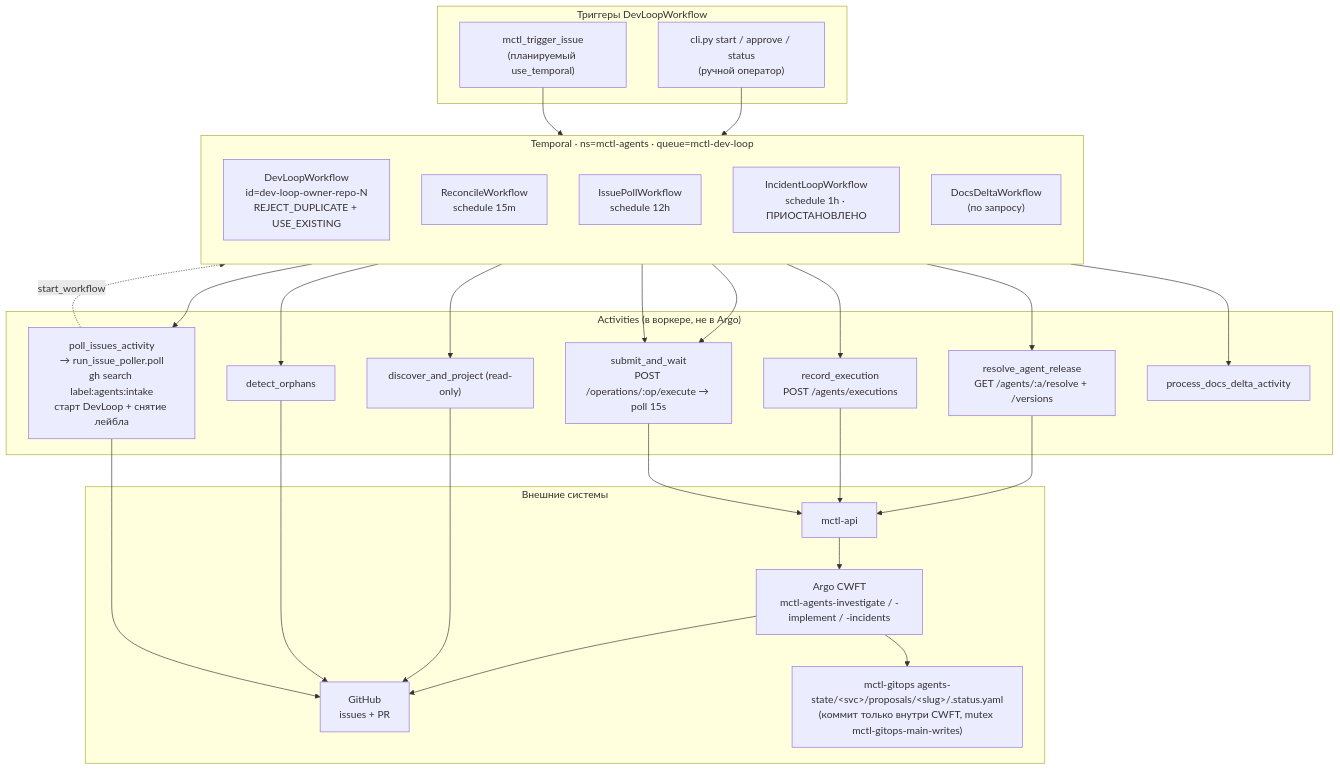
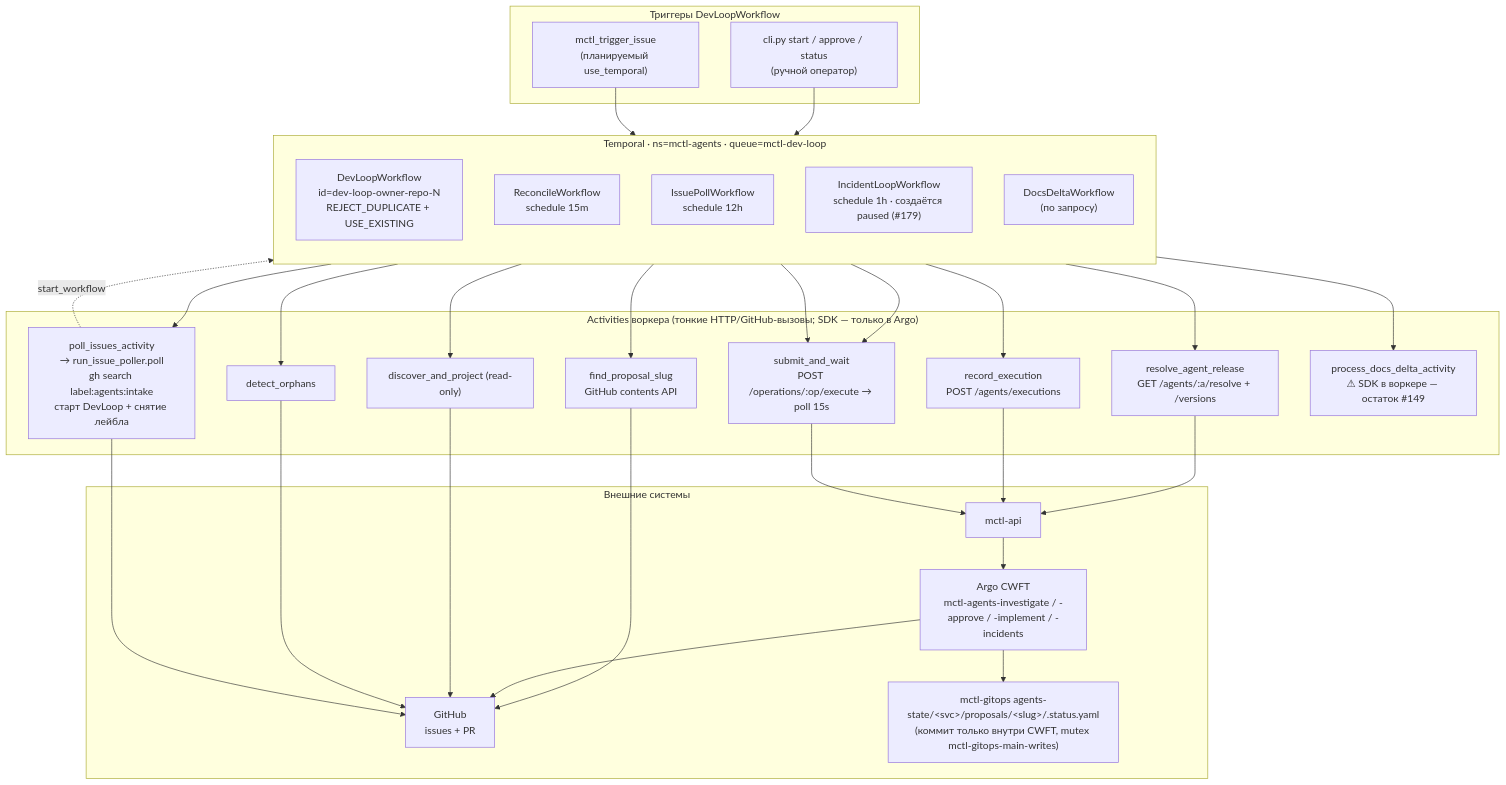
The first of 4 diagrams in docs/temporal-flow.md (mctlhq/mctl-agents), drawn with Mermaid before and after one commit. The commit also changed other lines of this file and 6 other files, not shown here.

First line of the commit message:
docs: sync temporal-flow, README, inventory with atomic approve and phase 6

````diff
--- a/docs/temporal-flow.md
+++ b/docs/temporal-flow.md
@@ -14,55 +14,58 @@
 ```mermaid
 flowchart TB
     subgraph TRIG["Триггеры DevLoopWorkflow"]
         CLI["cli.py start / approve / status<br/>(ручной оператор)"]
         MCP["mctl_trigger_issue<br/>(планируемый use_temporal)"]
     end
 
     subgraph TMP["Temporal · ns=mctl-agents · queue=mctl-dev-loop"]
         direction TB
         DEV["DevLoopWorkflow<br/>id=dev-loop-owner-repo-N<br/>REJECT_DUPLICATE + USE_EXISTING"]
         REC["ReconcileWorkflow<br/>schedule 15m"]
         ISS["IssuePollWorkflow<br/>schedule 12h"]
-        INC["IncidentLoopWorkflow<br/>schedule 1h · ПРИОСТАНОВЛЕНО"]
+        INC["IncidentLoopWorkflow<br/>schedule 1h · создаётся paused (#179)"]
         DOC["DocsDeltaWorkflow<br/>(по запросу)"]
     end
 
-    subgraph ACT["Activities (в воркере, не в Argo)"]
+    subgraph ACT["Activities воркера (тонкие HTTP/GitHub-вызовы; SDK — только в Argo)"]
         RES["resolve_agent_release<br/>GET /agents/:a/resolve + /versions"]
         SUB["submit_and_wait<br/>POST /operations/:op/execute → poll 15s"]
         RECD["record_execution<br/>POST /agents/executions"]
+        FPS["find_proposal_slug<br/>GitHub contents API"]
         DISC["discover_and_project (read-only)"]
         ORPH["detect_orphans"]
         IPA["poll_issues_activity<br/>→ run_issue_poller.poll<br/>gh search label:agents:intake<br/>старт DevLoop + снятие лейбла"]
-        DDA["process_docs_delta_activity"]
+        DDA["process_docs_delta_activity<br/>⚠ SDK в воркере — остаток #149"]
     end
 
     subgraph EXT["Внешние системы"]
         API["mctl-api"]
-        ARGO["Argo CWFT<br/>mctl-agents-investigate / -implement / -incidents"]
+        ARGO["Argo CWFT<br/>mctl-agents-investigate / -approve / -implement / -incidents"]
         GH["GitHub<br/>issues + PR"]
         GITOPS["mctl-gitops agents-state/&lt;svc&gt;/proposals/&lt;slug&gt;/.status.yaml<br/>(коммит только внутри CWFT, mutex mctl-gitops-main-writes)"]
     end
 
     CLI --> DEV
     MCP --> DEV
     ISS --> IPA
     IPA -. "start_workflow" .-> DEV
 
     DEV --> RES
     DEV --> SUB
     DEV --> RECD
+    DEV --> FPS
+    FPS --> GH
     REC --> DISC
     REC --> ORPH
     INC --> SUB
     DOC --> DDA
 
     RES --> API
     RECD --> API
     SUB --> API --> ARGO
     ARGO --> GITOPS
     ARGO --> GH
     DISC --> GH
     ORPH --> GH
     IPA --> GH
 ```
````
